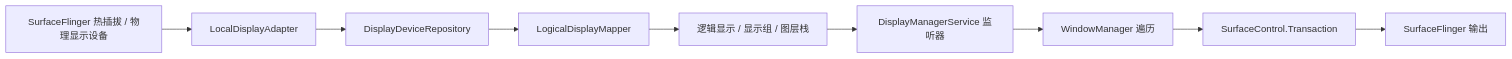
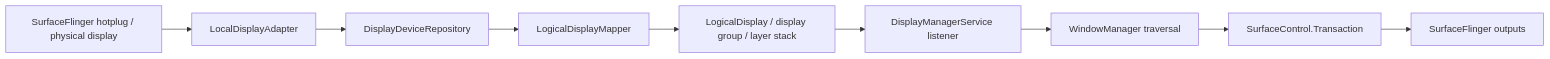
One commit to Gracker/android-internals-wiki changed the second of 2 diagrams in src/part1-fundamentals/ch02-rendering/20-multiwindow-desktop-rendering.md. Above: the diagram before and after it, drawn with Mermaid. The commit also changed other lines of this file and 4 other files, not shown here.

````diff
--- a/src/part1-fundamentals/ch02-rendering/20-multiwindow-desktop-rendering.md
+++ b/src/part1-fundamentals/ch02-rendering/20-multiwindow-desktop-rendering.md
@@ -184,11 +184,11 @@
 ```mermaid
 flowchart LR
-    HP["SurfaceFlinger 热插拔 / 物理显示设备"] --> LDA["LocalDisplayAdapter"]
+    HP["SurfaceFlinger hotplug / physical display"] --> LDA["LocalDisplayAdapter"]
     LDA --> DDR["DisplayDeviceRepository"]
     DDR --> LDM["LogicalDisplayMapper"]
-    LDM --> LD["逻辑显示 / 显示组 / 图层栈"]
-    LD --> DMS["DisplayManagerService 监听器"]
-    DMS --> WMS["WindowManager 遍历"]
+    LDM --> LD["LogicalDisplay / display group / layer stack"]
+    LD --> DMS["DisplayManagerService listener"]
+    DMS --> WMS["WindowManager traversal"]
     WMS --> SCT["SurfaceControl.Transaction"]
-    SCT --> SF["SurfaceFlinger 输出"]
+    SCT --> SF["SurfaceFlinger outputs"]
 ```
````
